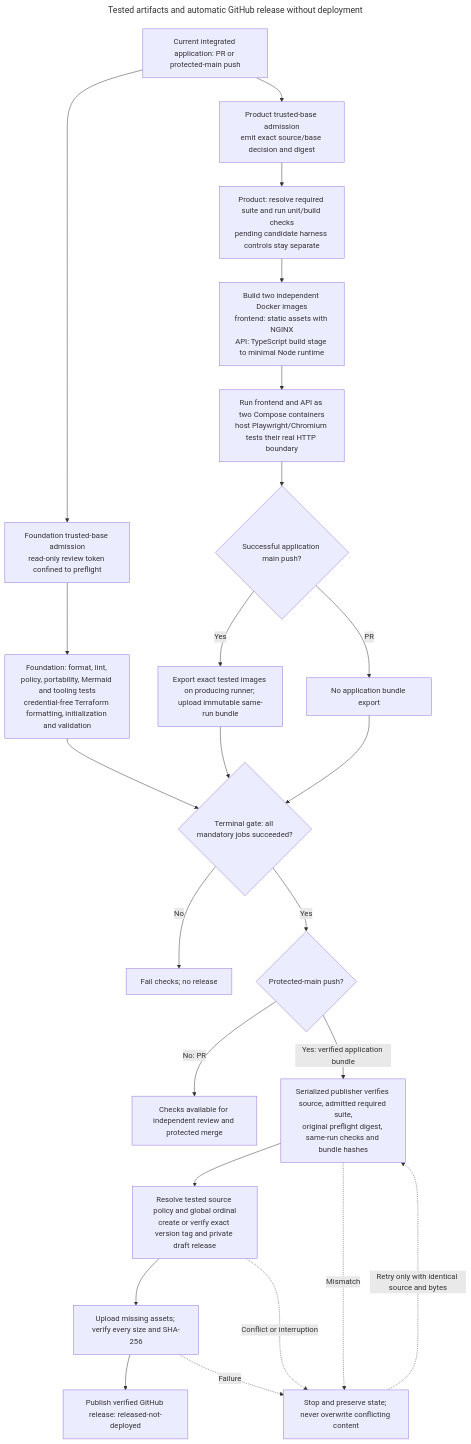
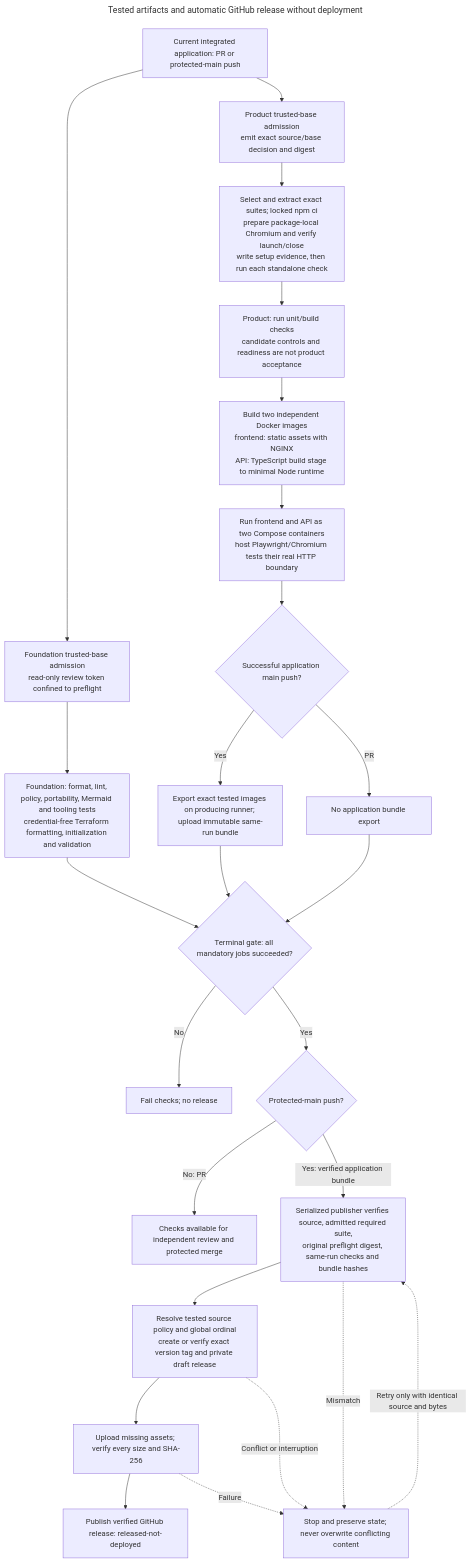
The diagram in docs/architecture/diagrams/release.mmd (brobro10000/mp3-frame-counter), drawn with Mermaid before and after one commit. The commit also changed 23 other files, not shown here.

First line of the commit message:
ci: prepare pinned acceptance browsers before suite checks (#20)

```diff
--- a/docs/architecture/diagrams/release.mmd
+++ b/docs/architecture/diagrams/release.mmd
@@ -1,62 +1,67 @@
 ---
 title: Tested artifacts and automatic GitHub release without deployment
 query: >-
   Show the implemented CI and release-only flow. Distinguish PR validation from
   protected-main publication, parallel foundation/product checks from the
   terminal control-plane gate, and the same-run exact tested image export from
   publication. Include frozen baseline verification, complete acceptance,
   immutable artifact/provenance checks, version/tag identity, draft asset
   verification and safe identical retries. Do not add deployment, registry push,
   provider provisioning or production approval; those are absent from the
   current release implementation. For the current integrated application, show
   independent Docker image builds, the two running Compose containers and host
   acceptance processes, then export of those exact tested images. Images and
   archives are artifacts, not extra running services. Earlier source-only phases
   have a separate foundation-delivery path outside this view. Both validation
   jobs perform trusted-base acceptance admission before head-owned commands.
   Candidate harness checks remain separate from required product E2E; carry the
   preflight digest through the original same-run release bundle. Foundation
   includes credential-free Terraform formatting, initialization and validation;
   keep these checks inside its mandatory gate, with no cloud apply. Allocate the
   version from the exact tested source's committed release policy and global
   first-parent ordinal. Preserve legacy identities and schema-1 bytes; new
   policy-bound evidence uses schema 2. Compare stable latest versions
-  numerically.
+  numerically. Before each standalone suite check, show exact suite selection,
+  locked npm installation, package-local Chromium preparation and a bounded
+  launch/close probe. Keep candidate controls and preparation evidence separate
+  from required product acceptance.
 references:
   - 'File: /.github/workflows/ci.yml'
   - 'File: /scripts/run-ci-phase.mjs'
+  - 'File: /scripts/acceptance-browser-setup.mjs'
   - 'File: /scripts/acceptance-preflight.mjs'
   - 'File: /scripts/acceptance-runtime.mjs'
   - 'File: /scripts/ci-gate.mjs'
   - 'File: /scripts/publish-release-bundle.mjs'
   - 'File: /scripts/prepare-release.mjs'
   - 'File: /scripts/publish-release.mjs'
   - 'File: /scripts/publish-release-evidence.mjs'
   - 'File: /scripts/release-manifest.mjs'
   - 'File: /release-policy.json'
-generationTime: '2026-10-10T09:34:20.319Z'
+generationTime: '2026-10-10T13:50:20.531Z'
 ---
 flowchart TD
     EVENT["Current integrated application: PR or protected-main push"] --> PREF["Foundation trusted-base admission<br/>read-only review token confined to preflight"]
     PREF --> F["Foundation: format, lint, policy, portability, Mermaid and tooling tests<br/>credential-free Terraform formatting, initialization and validation"]
     EVENT --> PREP["Product trusted-base admission<br/>emit exact source/base decision and digest"]
-    PREP --> P["Product: resolve required suite and run unit/build checks<br/>pending candidate harness controls stay separate"]
+    PREP --> SETUP["Select and extract exact suites; locked npm ci<br/>prepare package-local Chromium and verify launch/close<br/>write setup evidence, then run each standalone check"]
+    SETUP --> P["Product: run unit/build checks<br/>candidate controls and readiness are not product acceptance"]
     P --> BUILD["Build two independent Docker images<br/>frontend: static assets with NGINX<br/>API: TypeScript build stage to minimal Node runtime"]
     BUILD --> TEST["Run frontend and API as two Compose containers<br/>host Playwright/Chromium tests their real HTTP boundary"]
     TEST --> KIND{"Successful application main push?"}
     KIND -->|"Yes"| B["Export exact tested images on producing runner; upload immutable same-run bundle"]
     KIND -->|"PR"| RESULT["No application bundle export"]
     F --> G{"Terminal gate: all mandatory jobs succeeded?"}
     B --> G
     RESULT --> G
     G -->|"No"| STOP["Fail checks; no release"]
     G -->|"Yes"| MAIN{"Protected-main push?"}
     MAIN -->|"No: PR"| REVIEW["Checks available for independent review and protected merge"]
     MAIN -->|"Yes: verified application bundle"| VERIFY["Serialized publisher verifies source, admitted required suite,<br/>original preflight digest, same-run checks and bundle hashes"]
     VERIFY --> DRAFT["Resolve tested source policy and global ordinal<br/>create or verify exact version tag and private draft release"]
     DRAFT --> ASSETS["Upload missing assets; verify every size and SHA-256"]
     ASSETS --> RELEASE["Publish verified GitHub release: released-not-deployed"]
     VERIFY -.->|"Mismatch"| FAIL["Stop and preserve state; never overwrite conflicting content"]
     DRAFT -.->|"Conflict or interruption"| FAIL
     ASSETS -.->|"Failure"| FAIL
     FAIL -.->|"Retry only with identical source and bytes"| VERIFY
```
